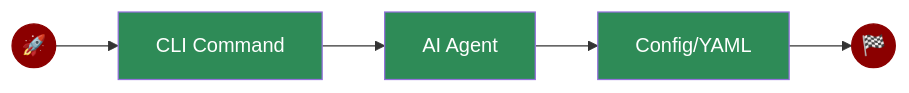
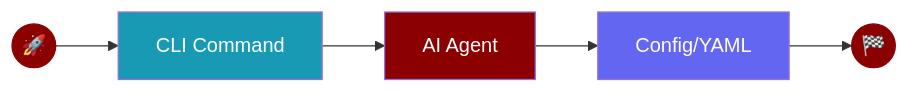
The diagram in docs/features/cli.mdx (MervinPraison/PraisonAIDocs), drawn with Mermaid before and after one commit. The commit also changed 10 other files, not shown here.

First line of the commit message:
docs: normalise §3.1 Mermaid palette in features + tools (fixes #1556)

````diff
--- a/docs/features/cli.mdx
+++ b/docs/features/cli.mdx
@@ -17,13 +17,13 @@
 ```mermaid
 flowchart LR
     Start((🚀)) --> CLI[CLI Command]
     CLI --> Agent[AI Agent]
     Agent --> Config[Config/YAML]
     Config --> Out((🏁))
     
     style Start fill:#8B0000,color:#fff,stroke:#8B0000
-    style CLI fill:#2E8B57,color:#fff
-    style Agent fill:#2E8B57,color:#fff
-    style Config fill:#2E8B57,color:#fff
+    style CLI fill:#189AB4,color:#fff
+    style Agent fill:#8B0000,color:#fff
+    style Config fill:#6366F1,color:#fff
     style Out fill:#8B0000,color:#fff,stroke:#8B0000
 ```
````
